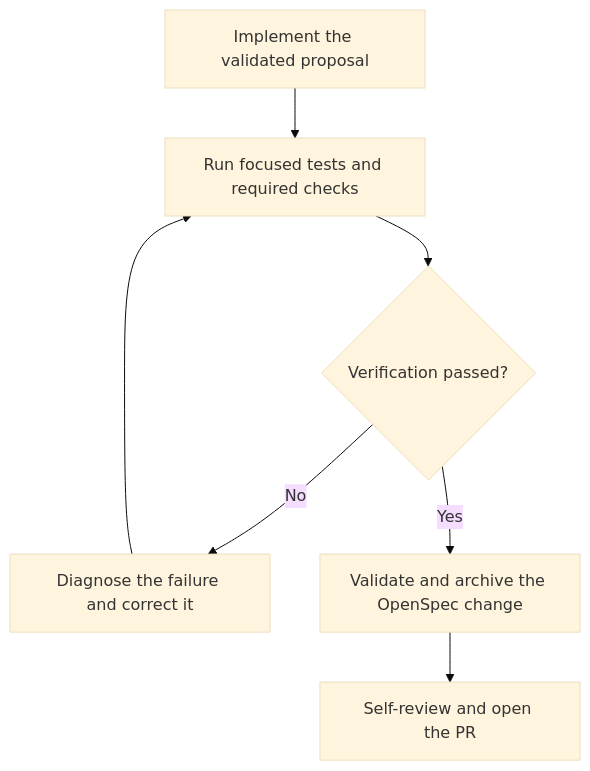
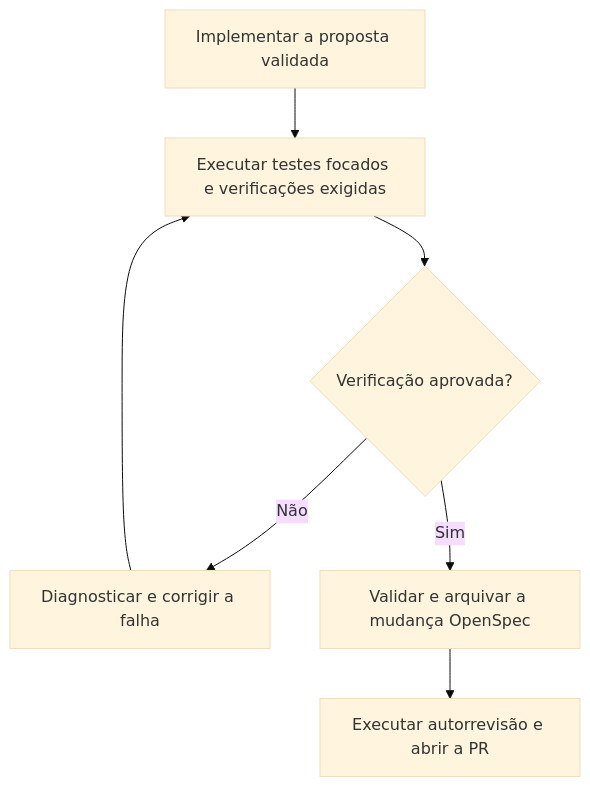
The third of 5 diagrams in README.md (rocker-code/my-ai-skills), drawn with Mermaid (base theme) before and after one commit. The commit also changed other lines of this file and 7 other files, not shown here.

````diff
--- a/README.md
+++ b/README.md
@@ -109,9 +111,9 @@
 ```mermaid
 flowchart TD
-    A["Implement the validated proposal"] --> B["Run focused tests and required checks"]
-    B --> C{"Verification passed?"}
-    C -->|No| D["Diagnose the failure and correct it"]
+    A["Implementar a proposta validada"] --> B["Executar testes focados e verificações exigidas"]
+    B --> C{"Verificação aprovada?"}
+    C -->|Não| D["Diagnosticar e corrigir a falha"]
     D --> B
-    C -->|Yes| E["Validate and archive the OpenSpec change"]
-    E --> F["Self-review and open the PR"]
+    C -->|Sim| E["Validar e arquivar a mudança OpenSpec"]
+    E --> F["Executar autorrevisão e abrir a PR"]
 ```
````
